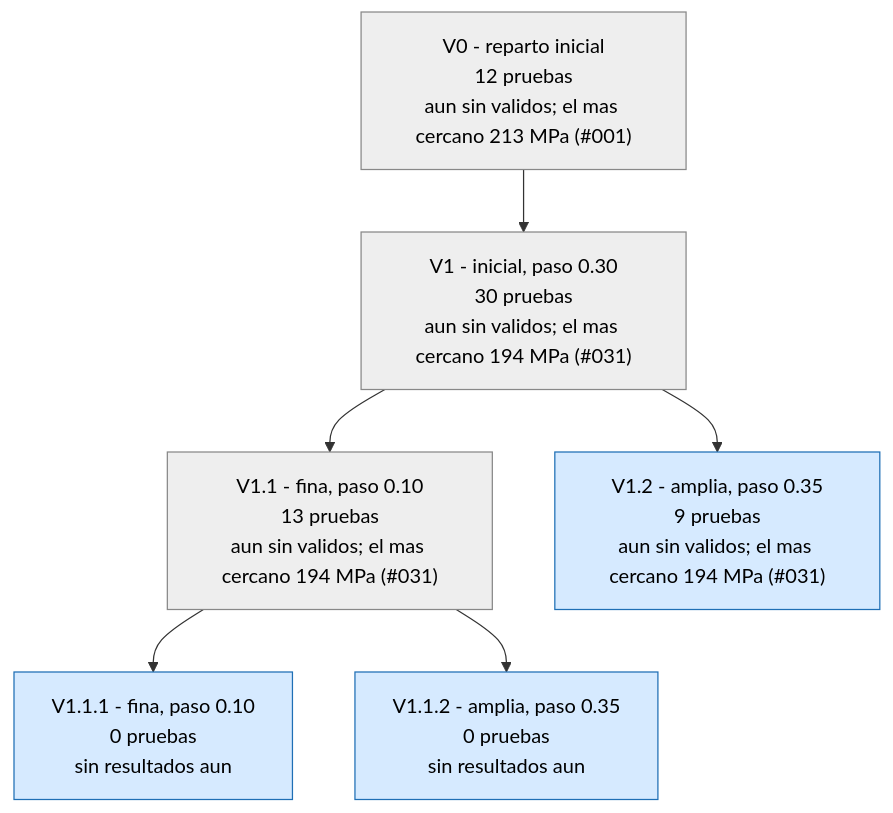
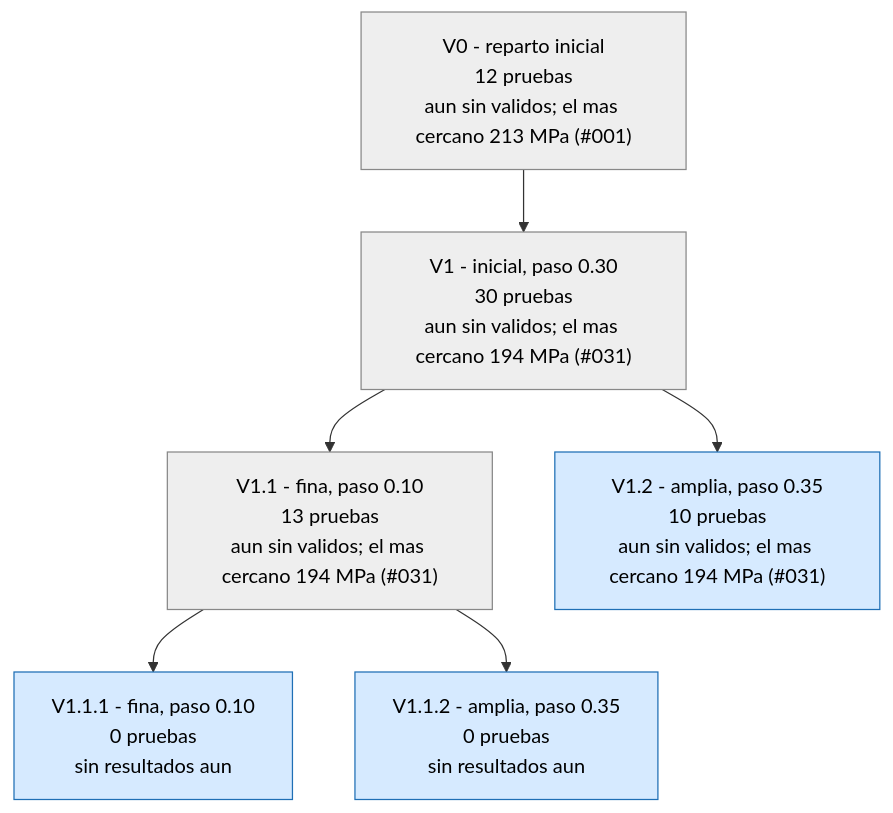
The first of 3 diagrams in runs/opt_37800N/ARBOL.md (Hugiko/msd-soporte-optimizacion), drawn with Mermaid before and after one commit. The commit also changed 20 other files, not shown here.

````diff
--- a/runs/opt_37800N/ARBOL.md
+++ b/runs/opt_37800N/ARBOL.md
@@ -9,17 +9,17 @@
 ```mermaid
 graph TD
 classDef activa fill:#d6eaff,stroke:#1f6fb5,color:#000
 classDef fin fill:#eeeeee,stroke:#888,color:#000
 classDef mejor fill:#c8f0c0,stroke:#1a9850,stroke-width:4px,color:#000
 V0["V0 - reparto inicial<br/>12 pruebas<br/>aun sin validos; el mas cercano 213 MPa (#001)"]:::fin
 V1["V1 - inicial, paso 0.30<br/>30 pruebas<br/>aun sin validos; el mas cercano 194 MPa (#031)"]:::fin
 V0 --> V1
 V1_1["V1.1 - fina, paso 0.10<br/>13 pruebas<br/>aun sin validos; el mas cercano 194 MPa (#031)"]:::fin
 V1 --> V1_1
-V1_2["V1.2 - amplia, paso 0.35<br/>9 pruebas<br/>aun sin validos; el mas cercano 194 MPa (#031)"]:::activa
+V1_2["V1.2 - amplia, paso 0.35<br/>10 pruebas<br/>aun sin validos; el mas cercano 194 MPa (#031)"]:::activa
 V1 --> V1_2
 V1_1_1["V1.1.1 - fina, paso 0.10<br/>0 pruebas<br/>sin resultados aun"]:::activa
 V1_1 --> V1_1_1
 V1_1_2["V1.1.2 - amplia, paso 0.35<br/>0 pruebas<br/>sin resultados aun"]:::activa
 V1_1 --> V1_1_2
 ```
````
